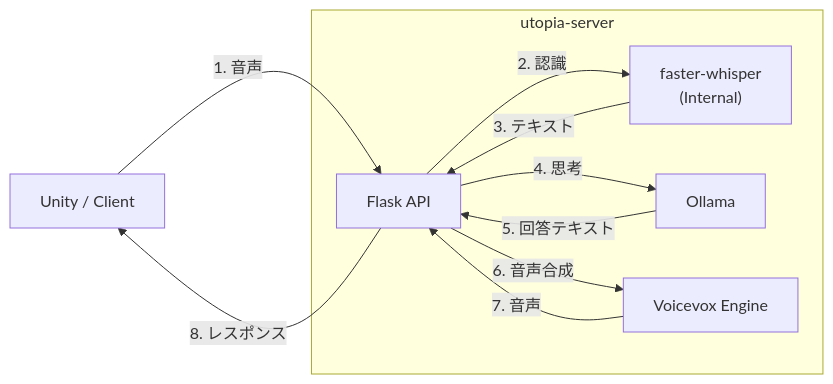
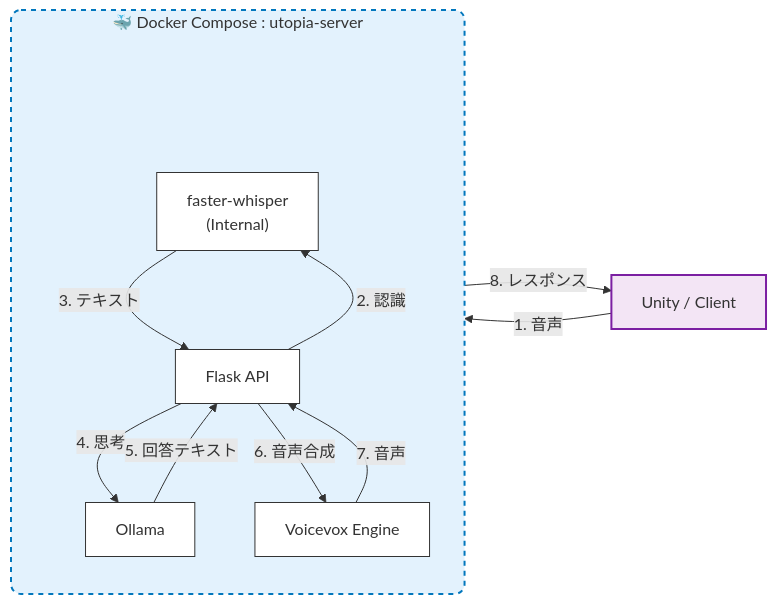
Before and after one commit to Toy10ka/utopIA-server-v1: the diagram in README.md, drawn with Mermaid.

Commit message:
[fix] Update README.md
Added a subgraph for Docker Compose in the diagram and applied styles to improve visualization.

````diff
--- a/README.md
+++ b/README.md
@@ -28,23 +28,43 @@
 ```mermaid
 graph LR
     Client[Unity / Client]
 
-    subgraph Docker Compose [utopia-server]
+    %% サブグラフの定義
+    subgraph DockerEnv [🐳 Docker Compose : utopia-server]
+        direction TB
+        
+        Padding[ ]
+        
+        Padding ~~~ STT
+
         Server[Flask API]
         STT["faster-whisper<br/>(Internal)"]
         LLM[Ollama]
         TTS[Voicevox Engine]
     end
 
+    %% フローの定義
     Client -->|1. 音声| Server
     Server -->|2. 認識| STT
     STT -->|3. テキスト| Server
     
     Server -->|4. 思考| LLM
     LLM -->|5. 回答テキスト| Server
     
     Server -->|6. 音声合成| TTS
     TTS -->|7. 音声| Server
     
     Server -->|8. レスポンス| Client
+
+    %% スタイルの適用
+    style DockerEnv fill:#e3f2fd,stroke:#0277bd,stroke-width:2px,stroke-dasharray: 5 5,rx:10,ry:10
+    style Client fill:#f3e5f5,stroke:#7b1fa2,stroke-width:2px
+    
+    style Server fill:#fff,stroke:#333
+    style STT fill:#fff,stroke:#333
+    style LLM fill:#fff,stroke:#333
+    style TTS fill:#fff,stroke:#333
+
+    style Padding fill:none,stroke:none,width:0px,height:50px
+
 ```
````
